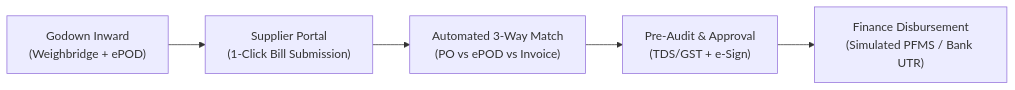
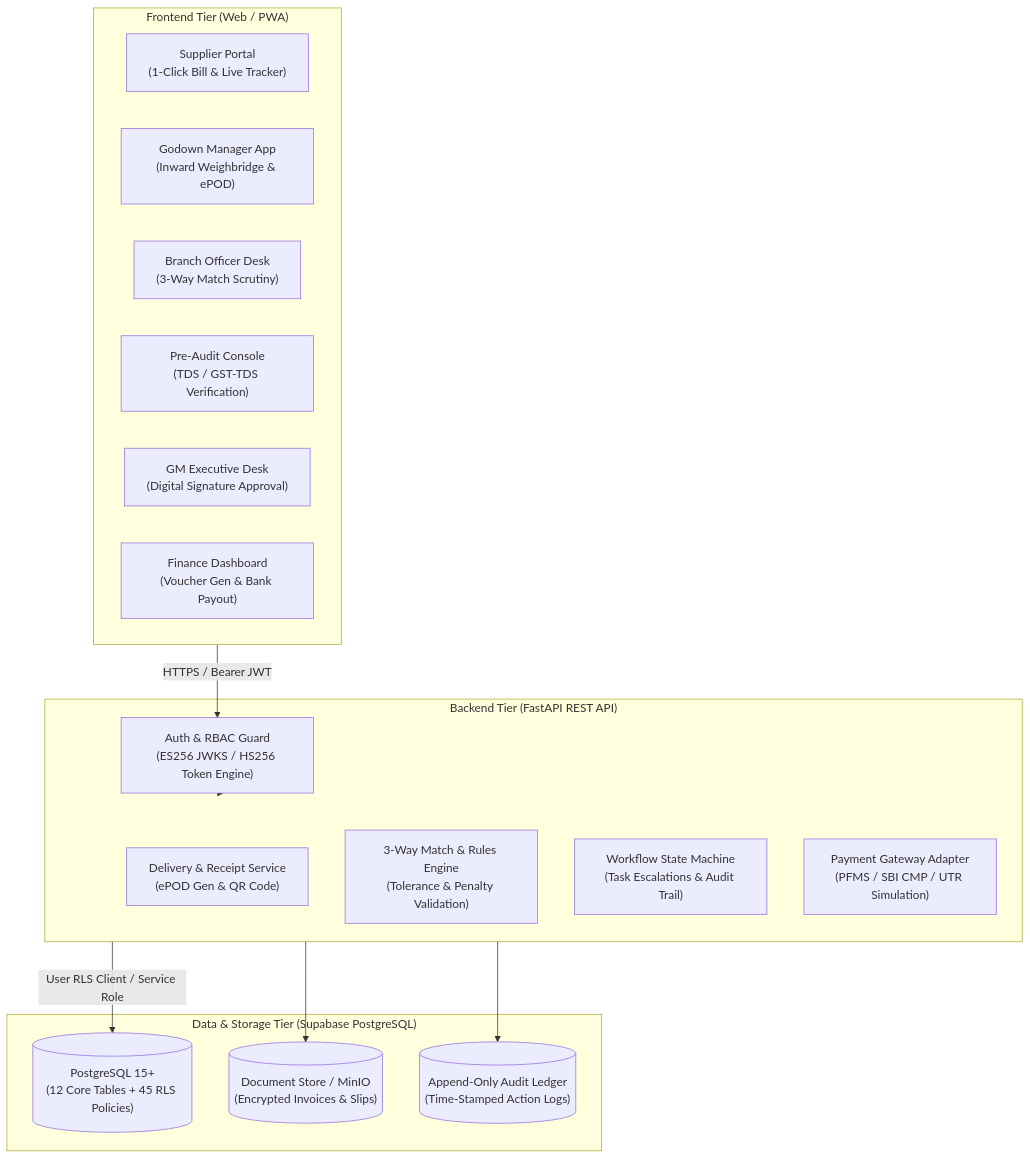
One commit to cdivy3154-gif/automated-supplier-and-billing-processing changed the diagram in README.md. Above: the diagram before and after it, drawn with Mermaid. The commit also changed other lines of this file, not shown here.

Commit message:
docs: keep only core problem, architecture, stack, roles, and setup guide in README

````diff
--- a/README.md
+++ b/README.md
@@ -31,7 +42,31 @@
 ```mermaid
-flowchart LR
-    A["Godown Inward\n(Weighbridge + ePOD)"] --> B["Supplier Portal\n(1-Click Bill Submission)"]
-    B --> C["Automated 3-Way Match\n(PO vs ePOD vs Invoice)"]
-    C --> D["Pre-Audit & Approval\n(TDS/GST + e-Sign)"]
-    D --> E["Finance Disbursement\n(Simulated PFMS / Bank UTR)"]
+flowchart TD
+    subgraph Clients["Frontend Tier (Web / PWA)"]
+        UI_SUP["Supplier Portal\n(1-Click Bill & Live Tracker)"]
+        UI_GDN["Godown Manager App\n(Inward Weighbridge & ePOD)"]
+        UI_BRN["Branch Officer Desk\n(3-Way Match Scrutiny)"]
+        UI_AUD["Pre-Audit Console\n(TDS / GST-TDS Verification)"]
+        UI_GM["GM Executive Desk\n(Digital Signature Approval)"]
+        UI_FIN["Finance Dashboard\n(Voucher Gen & Bank Payout)"]
+    end
+
+    subgraph API["Backend Tier (FastAPI REST API)"]
+        AUTH_SVC["Auth & RBAC Guard\n(ES256 JWKS / HS256 Token Engine)"]
+        EPOD_SVC["Delivery & Receipt Service\n(ePOD Gen & QR Code)"]
+        MATCH_SVC["3-Way Match & Rules Engine\n(Tolerance & Penalty Validation)"]
+        WORKFLOW_SVC["Workflow State Machine\n(Task Escalations & Audit Trail)"]
+        PAY_SVC["Payment Gateway Adapter\n(PFMS / SBI CMP / UTR Simulation)"]
+    end
+
+    subgraph Storage["Data & Storage Tier (Supabase PostgreSQL)"]
+        DB_POSTGRES[("PostgreSQL 15+\n(12 Core Tables + 45 RLS Policies)")]
+        DOC_STORE[("Document Store / MinIO\n(Encrypted Invoices & Slips)")]
+        AUDIT_CHAIN[("Append-Only Audit Ledger\n(Time-Stamped Action Logs)")]
+    end
+
+    Clients -->|HTTPS / Bearer JWT| AUTH_SVC
+    AUTH_SVC --> API
+    API -->|User RLS Client / Service Role| DB_POSTGRES
+    API --> DOC_STORE
+    API --> AUDIT_CHAIN
 ```
````
